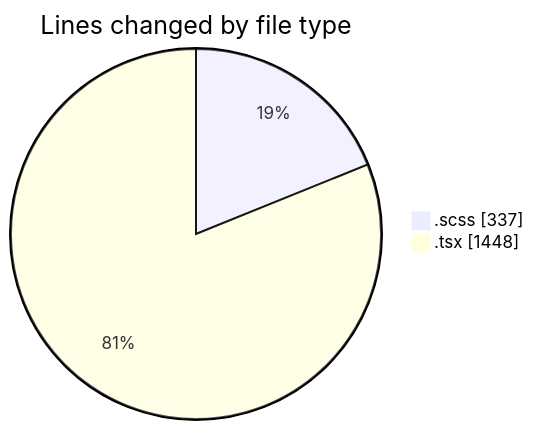
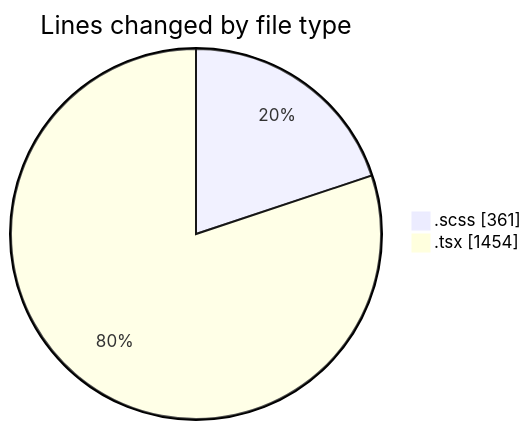
Before and after one commit to momahboobian/code-tracking: the first of 2 diagrams in 2025-08-28/cda/README.md, drawn with Mermaid. The commit also changed other lines of this file and 1 other file, not shown here.

````diff
--- a/2025-08-28/cda/README.md
+++ b/2025-08-28/cda/README.md
@@ -26,6 +26,6 @@
 ```mermaid
 pie showData
 title Lines changed by file type
-".scss" : 337
-".tsx" : 1448
+".scss" : 361
+".tsx" : 1454
 ```
````
